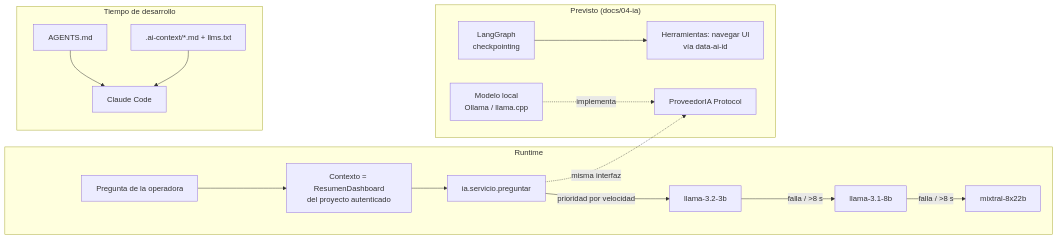
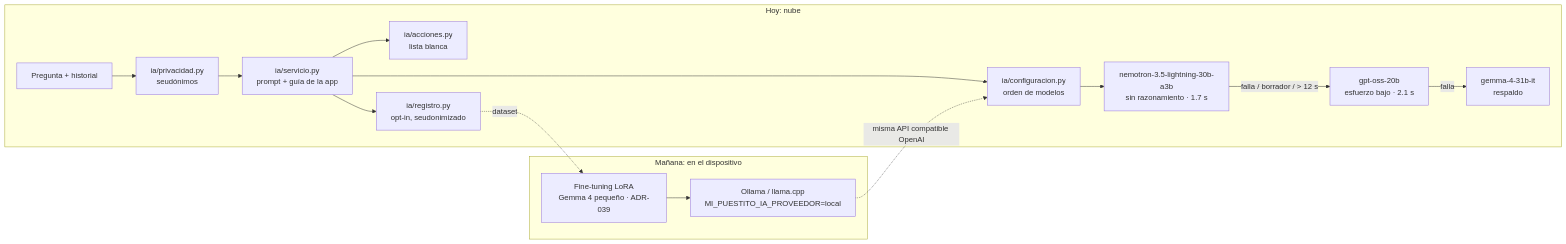
The second of 2 diagrams in .ai-context/02-arquitectura.md (JoseFM2808/Mi-puestito), drawn with Mermaid before and after one commit. The commit also changed other lines of this file and 45 other files, not shown here.

````diff
--- a/.ai-context/02-arquitectura.md
+++ b/.ai-context/02-arquitectura.md
@@ -63,17 +66,16 @@
 ```mermaid
 flowchart LR
-    subgraph Runtime
-        Q[Pregunta de la operadora] --> Ctx[Contexto = ResumenDashboard<br/>del proyecto autenticado]
-        Ctx --> Orq[ia.servicio.preguntar]
-        Orq -->|prioridad por velocidad| M1[llama-3.2-3b] -->|falla / >8 s| M2[llama-3.1-8b] -->|falla / >8 s| M3[mixtral-8x22b]
+    subgraph Hoy["Hoy: nube"]
+        Q[Pregunta + historial] --> Priv[ia/privacidad.py<br/>seudónimos]
+        Priv --> Serv[ia/servicio.py<br/>prompt + guía de la app]
+        Serv --> Conf[ia/configuracion.py<br/>orden de modelos]
+        Conf --> M1[nemotron-3.5-lightning-30b-a3b<br/>sin razonamiento · 1.7 s] -->|falla / borrador / > 12 s| M2[gpt-oss-20b<br/>esfuerzo bajo · 2.1 s] -->|falla| M3[gemma-4-31b-it<br/>respaldo]
+        Serv --> Acc[ia/acciones.py<br/>lista blanca]
+        Serv --> Reg[ia/registro.py<br/>opt-in, seudonimizado]
     end
-    subgraph Futuro["Previsto (docs/04-ia)"]
-        LG[LangGraph<br/>checkpointing] --> Tools[Herramientas: navegar UI<br/>vía data-ai-id]
-        Local[Modelo local<br/>Ollama / llama.cpp] -.implementa.-> PI[ProveedorIA Protocol]
+    subgraph Manana["Mañana: en el dispositivo"]
+        Reg -. dataset .-> FT[Fine-tuning LoRA<br/>Gemma 4 pequeño · ADR-039]
+        FT --> Ollama[Ollama / llama.cpp<br/>MI_PUESTITO_IA_PROVEEDOR=local]
     end
-    Orq -.misma interfaz.-> PI
-    subgraph DevTime["Tiempo de desarrollo"]
-        AG[AGENTS.md] --> CC[Claude Code]
-        AICTX[.ai-context/*.md + llms.txt] --> CC
-    end
+    Ollama -. misma API compatible OpenAI .-> Conf
 ```
````
